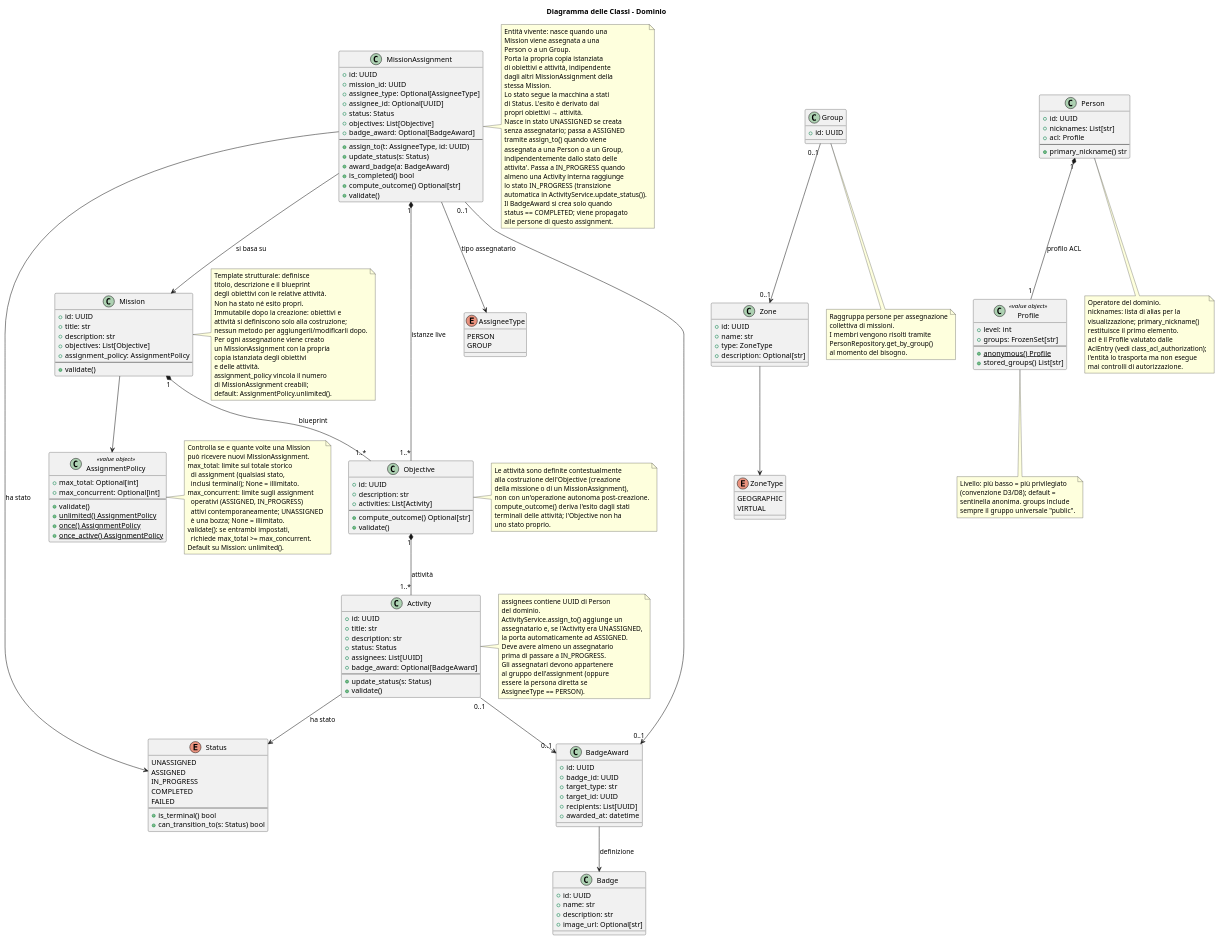
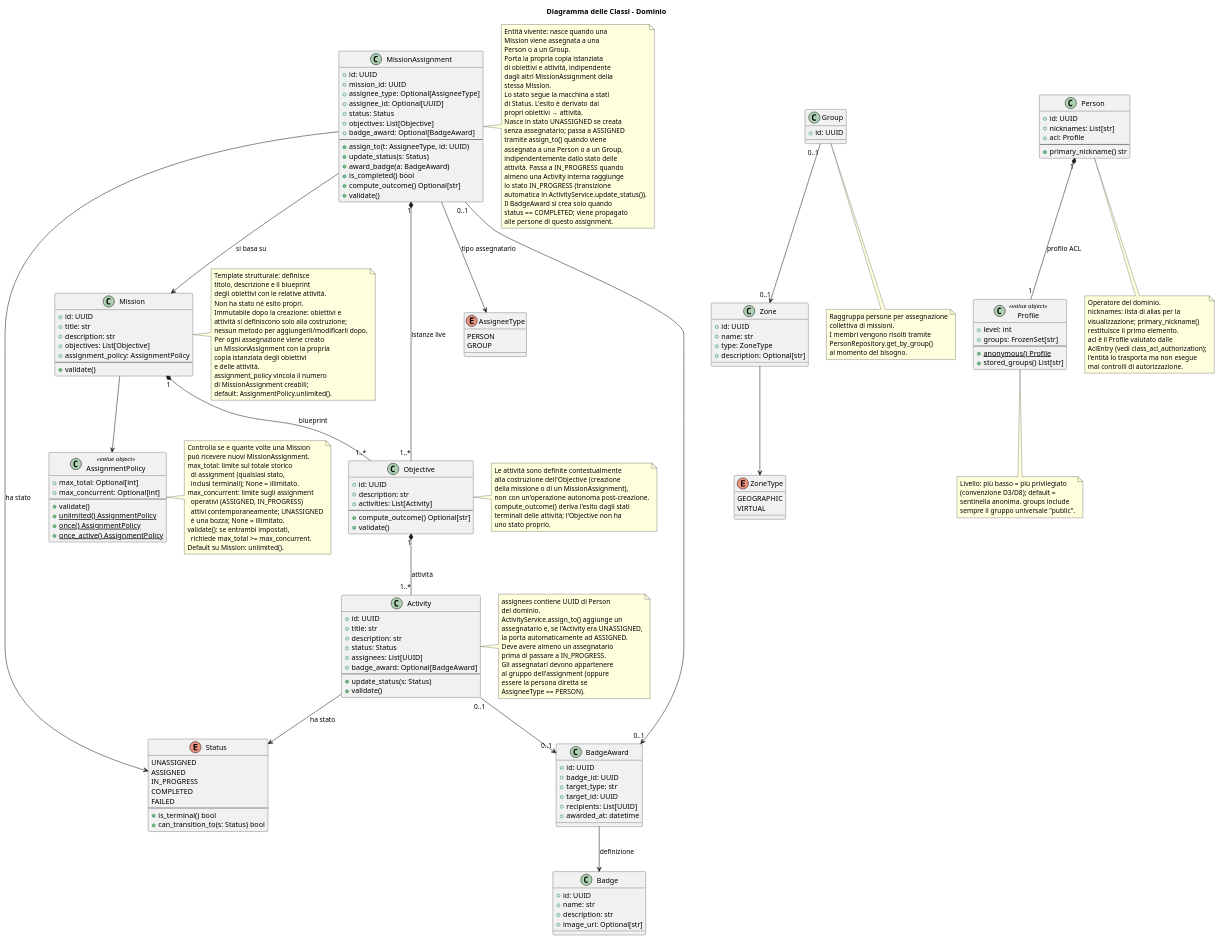
One commit to antlampas/MissionManager changed the diagram in design/diagrams/class/class_dominio.puml. Above: the diagram before and after it, drawn with PlantUML. The commit also changed 13 other files, not shown here.

Commit message:
docs: corretti testi e diagrammi UML

```diff
--- a/design/diagrams/class/class_dominio.puml
+++ b/design/diagrams/class/class_dominio.puml
@@ -171,7 +171,7 @@
   tramite assign_to() quando viene
   assegnata a una Person o a un Group,
   indipendentemente dallo stato delle
-  attivita'. Passa a IN_PROGRESS quando
+  attività. Passa a IN_PROGRESS quando
   almeno una Activity interna raggiunge
   lo stato IN_PROGRESS (transizione
   automatica in ActivityService.update_status()).
```
